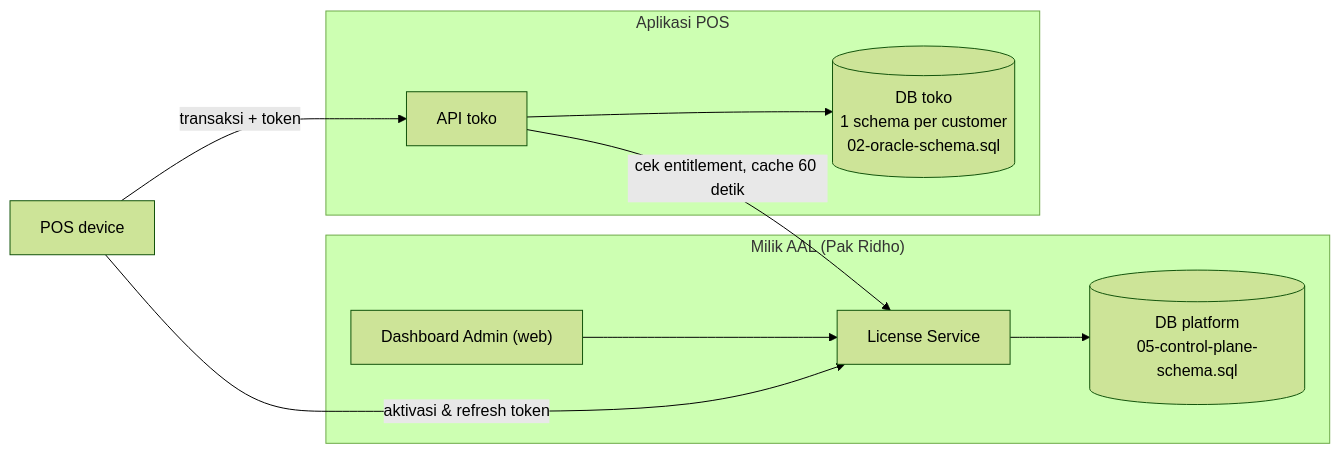
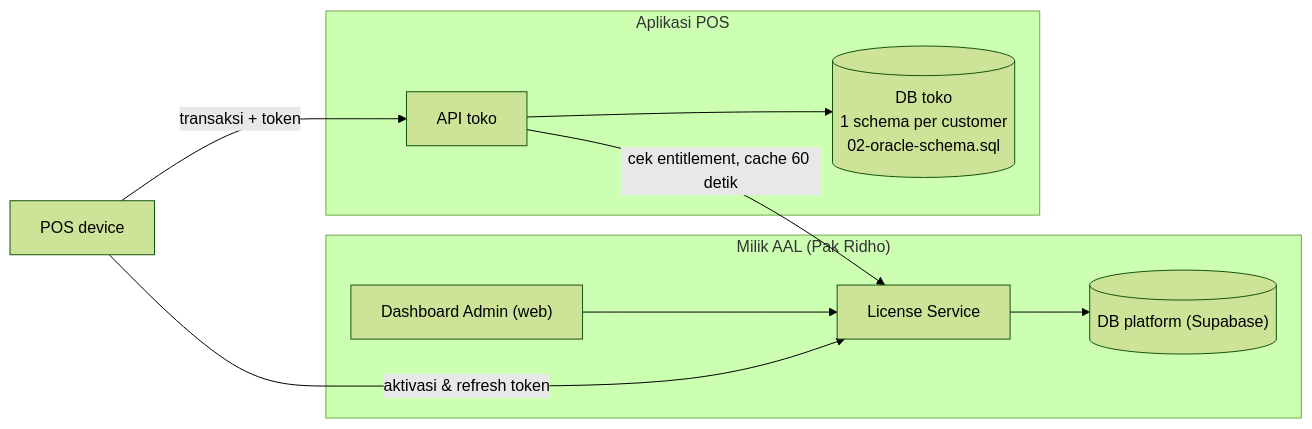
Before and after one commit to mra2194/Subscription-dashboard: the first of 2 diagrams in docs/04-lisensi-langganan.md, drawn with Mermaid (forest theme). The commit also changed other lines of this file and 36 other files, not shown here.

````diff
--- a/docs/04-lisensi-langganan.md
+++ b/docs/04-lisensi-langganan.md
@@ -32,17 +32,17 @@
 ```mermaid
 flowchart LR
   subgraph AAL["Milik AAL (Pak Ridho)"]
     ADM["Dashboard Admin (web)"]
     LIC["License Service"]
-    PDB[("DB platform\n05-control-plane-schema.sql")]
+    PDB[("DB platform (Supabase)")]
     ADM --> LIC --> PDB
   end
   subgraph App["Aplikasi POS"]
     API["API toko"]
     TDB[("DB toko\n1 schema per customer\n02-oracle-schema.sql")]
     API --> TDB
   end
   POS["POS device"] -->|aktivasi & refresh token| LIC
   POS -->|transaksi + token| API
   API -->|cek entitlement, cache 60 detik| LIC
 ```
````
